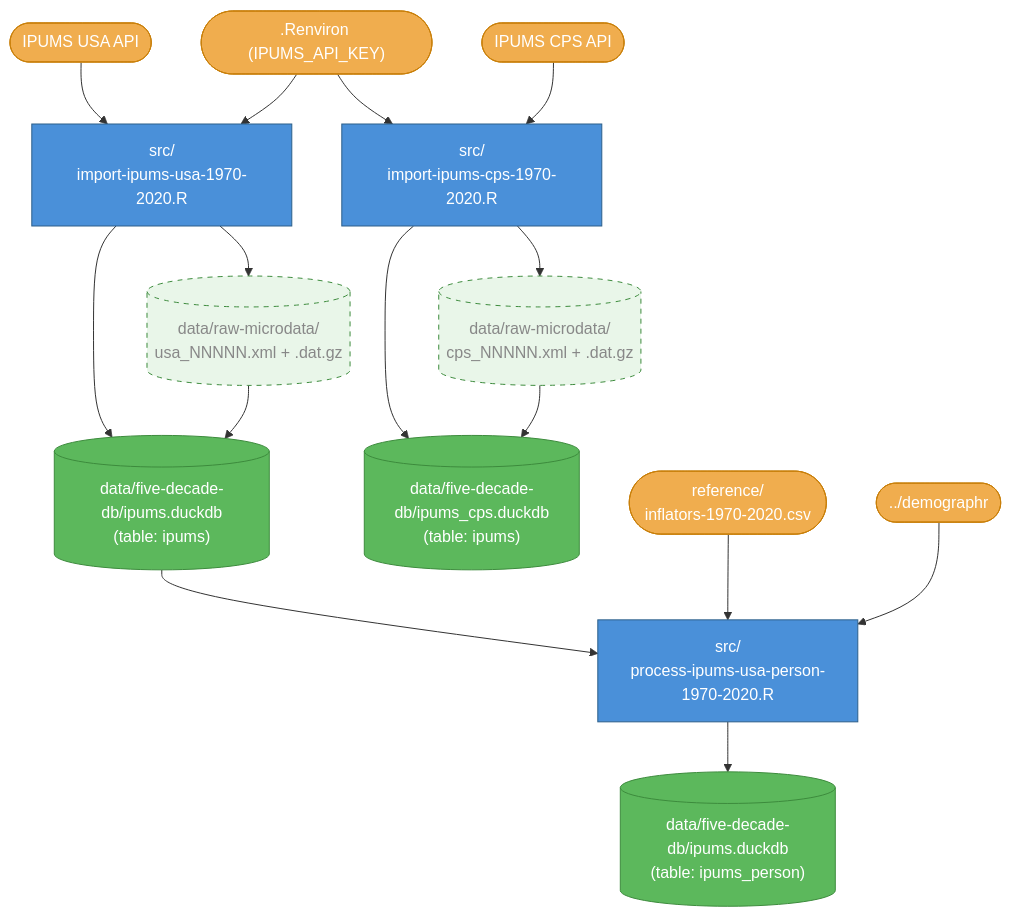
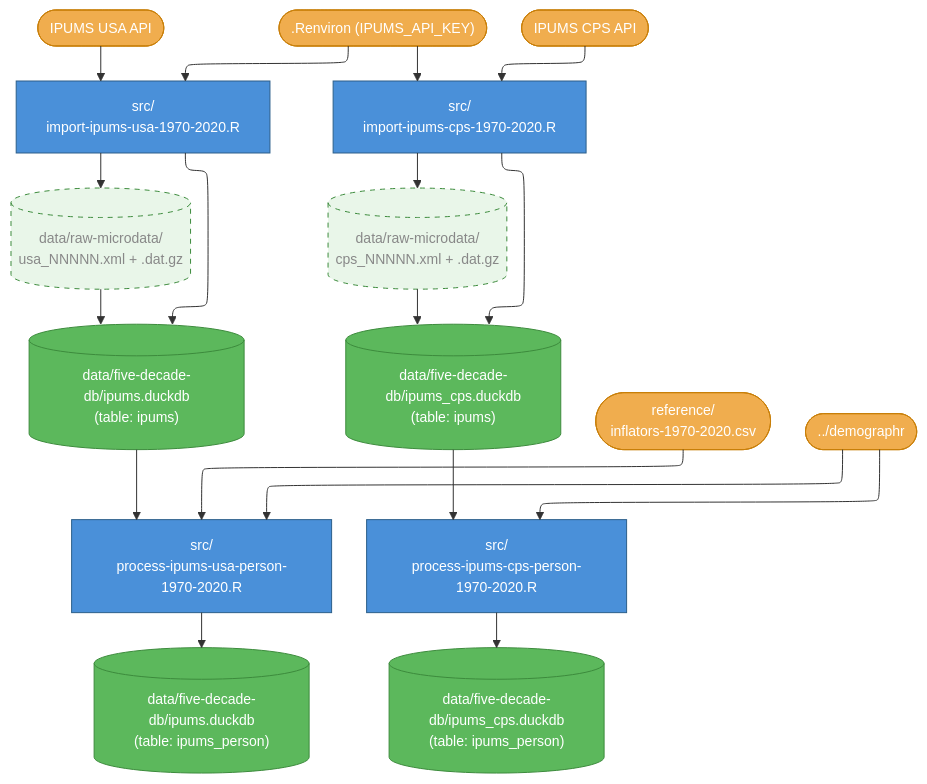
Before and after one commit to lorae/households-over-the-years: the diagram in households-over-the-years/Data flow.md, drawn with Mermaid. The commit also changed 1 other file, not shown here.

Commit message:
refactor: move process-ipums-cps-person to src/, add header and diagram entry

````diff
--- a/households-over-the-years/Data flow.md
+++ b/households-over-the-years/Data flow.md
@@ -16,45 +16,54 @@
 ```mermaid
+%%{init: {"flowchart": {"defaultRenderer": "elk"}, "themeVariables": {"fontSize": "14px"}} }%%
 flowchart TD
     classDef script fill:#4a90d9,color:#fff,stroke:#2c5f8a
     classDef data fill:#5cb85c,color:#fff,stroke:#3d8b3d
     classDef intermediate fill:#5cb85c22,color:#888,stroke:#3d8b3d,stroke-dasharray:5 5
     classDef input fill:#f0ad4e,color:#fff,stroke:#c87f0a
 
     %% --- Top row: external inputs (order controls left-to-right placement) ---
     ipums_api(["IPUMS USA API"]):::input
     env([".Renviron (IPUMS_API_KEY)"]):::input
     cps_api(["IPUMS CPS API"]):::input
 
     %% --- Import: IPUMS USA ---
     import_usa["src/<br>import-ipums-usa-1970-2020.R"]:::script
     raw_usa[("data/raw-microdata/<br>usa_NNNNN.xml + .dat.gz")]:::intermediate
     ipums_db[("data/five-decade-db/ipums.duckdb<br>(table: ipums)")]:::data
 
     %% --- Import: IPUMS CPS ---
     import_cps["src/<br>import-ipums-cps-1970-2020.R"]:::script
     raw_cps[("data/raw-microdata/<br>cps_NNNNN.xml + .dat.gz")]:::intermediate
     cps_db[("data/five-decade-db/ipums_cps.duckdb<br>(table: ipums)")]:::data
 
     ipums_api --> import_usa
     env --> import_usa
     import_usa --> raw_usa
     import_usa --> ipums_db
     raw_usa --> ipums_db
 
     env --> import_cps
     cps_api --> import_cps
     import_cps --> raw_cps
     import_cps --> cps_db
     raw_cps --> cps_db
 
     %% --- Process: IPUMS USA person-level ---
     inflators(["reference/<br>inflators-1970-2020.csv"]):::input
     demographr(["../demographr"]):::input
     process_usa["src/<br>process-ipums-usa-person-1970-2020.R"]:::script
     ipums_person_db[("data/five-decade-db/ipums.duckdb<br>(table: ipums_person)")]:::data
 
     ipums_db --> process_usa
     inflators --> process_usa
     demographr --> process_usa
     process_usa --> ipums_person_db
+
+    %% --- Process: IPUMS CPS person-level ---
+    process_cps["src/<br>process-ipums-cps-person-1970-2020.R"]:::script
+    cps_person_db[("data/five-decade-db/ipums_cps.duckdb<br>(table: ipums_person)")]:::data
+
+    cps_db --> process_cps
+    demographr --> process_cps
+    process_cps --> cps_person_db
 ```
````
